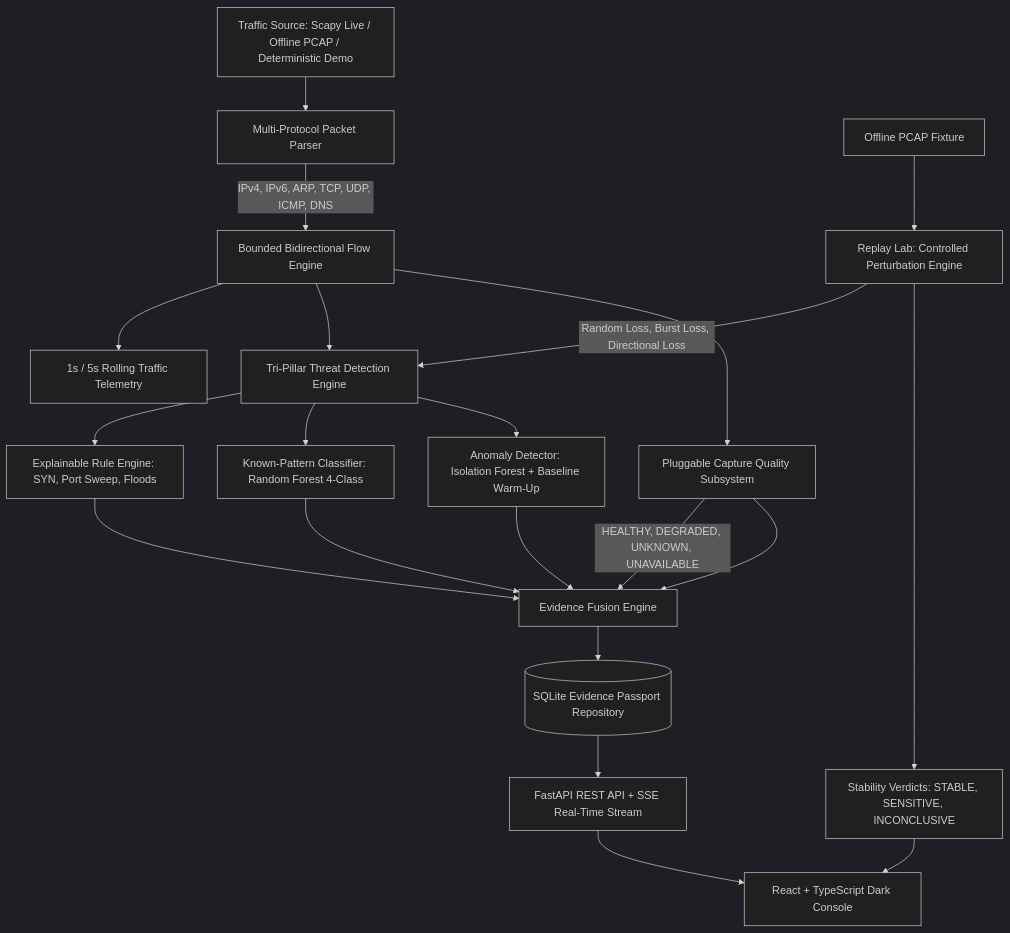
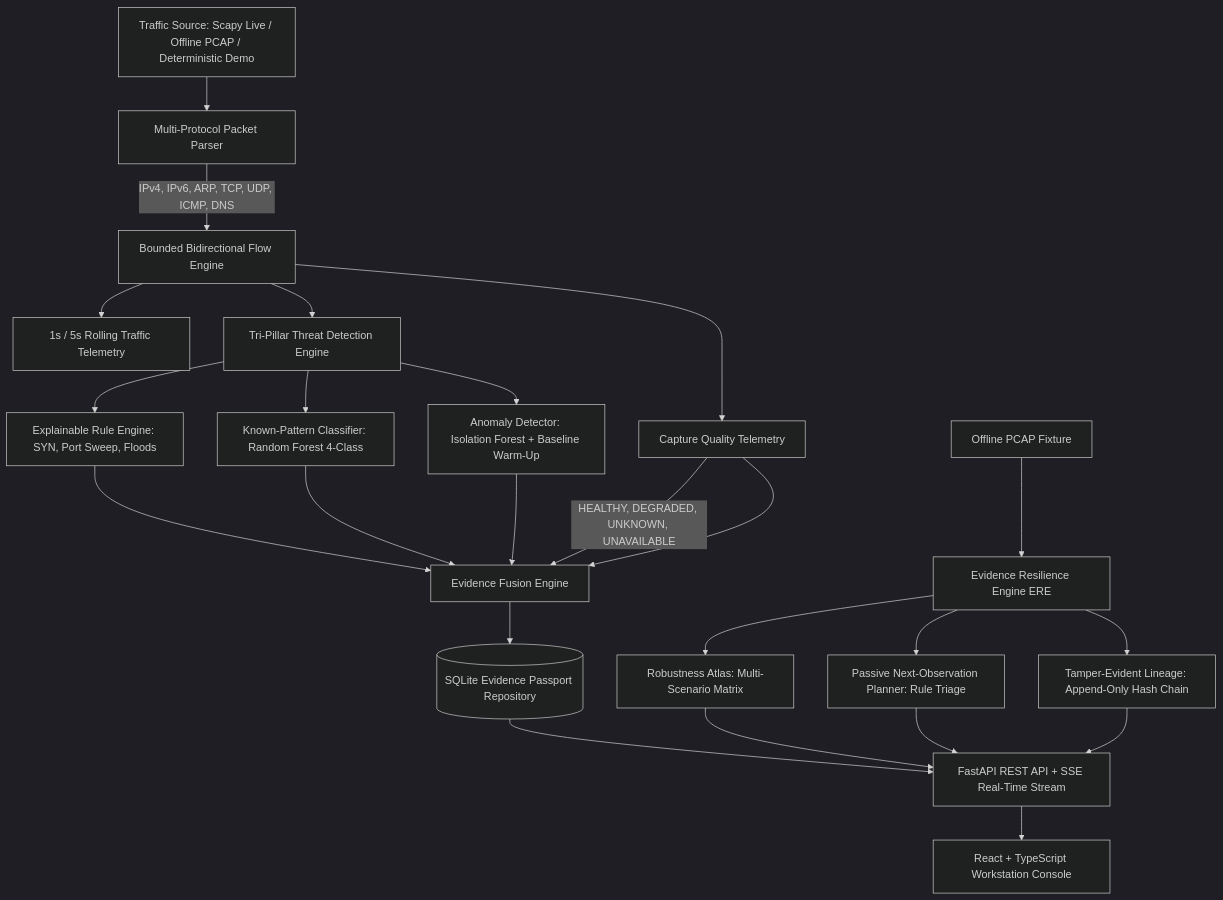
One commit to SomyadeepTarat/NetGuard changed the diagram in README.md. Above: the diagram before and after it, drawn with Mermaid (dark theme). The commit also changed other lines of this file and 23 other files, not shown here.

Commit message:
feat: implement NetGuard Evidence Resilience Engine

````diff
--- a/README.md
+++ b/README.md
@@ -32,24 +36,25 @@
 ```mermaid
 graph TD
     A[Traffic Source: Scapy Live / Offline PCAP / Deterministic Demo] --> B[Multi-Protocol Packet Parser]
     B -->|IPv4, IPv6, ARP, TCP, UDP, ICMP, DNS| C[Bounded Bidirectional Flow Engine]
     C --> D[1s / 5s Rolling Traffic Telemetry]
     
     C --> E[Tri-Pillar Threat Detection Engine]
     E --> E1[Explainable Rule Engine: SYN, Port Sweep, Floods]
     E --> E2[Known-Pattern Classifier: Random Forest 4-Class]
     E --> E3[Anomaly Detector: Isolation Forest + Baseline Warm-Up]
     
-    C --> F[Pluggable Capture Quality Subsystem]
+    C --> F[Capture Quality Telemetry]
     F -->|HEALTHY, DEGRADED, UNKNOWN, UNAVAILABLE| G[Evidence Fusion Engine]
     E1 & E2 & E3 & F --> G
     
     G --> H[(SQLite Evidence Passport Repository)]
     H --> I[FastAPI REST API + SSE Real-Time Stream]
-    I --> J[React + TypeScript Dark Console]
+    I --> J[React + TypeScript Workstation Console]
     
-    K[Offline PCAP Fixture] --> L[Replay Lab: Controlled Perturbation Engine]
-    L -->|Random Loss, Burst Loss, Directional Loss| E
-    L --> M[Stability Verdicts: STABLE, SENSITIVE, INCONCLUSIVE]
-    M --> J
+    K[Offline PCAP Fixture] --> L[Evidence Resilience Engine ERE]
+    L --> L1[Robustness Atlas: Multi-Scenario Matrix]
+    L --> L2[Passive Next-Observation Planner: Rule Triage]
+    L --> L3[Tamper-Evident Lineage: Append-Only Hash Chain]
+    L1 & L2 & L3 --> I
 ```
````
